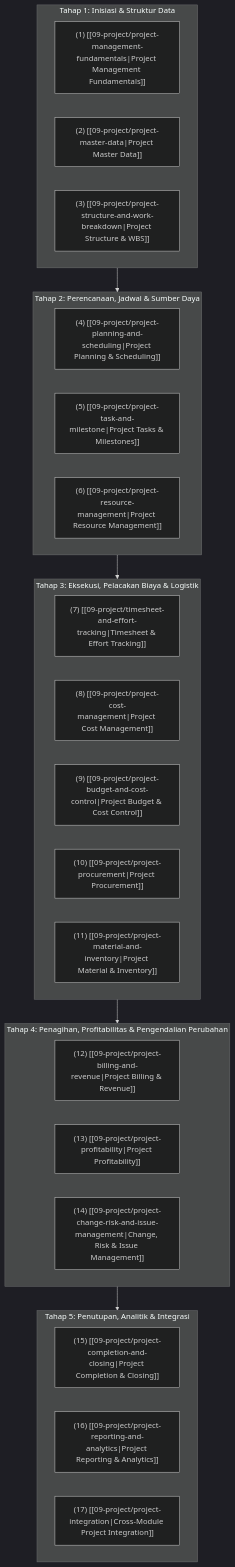
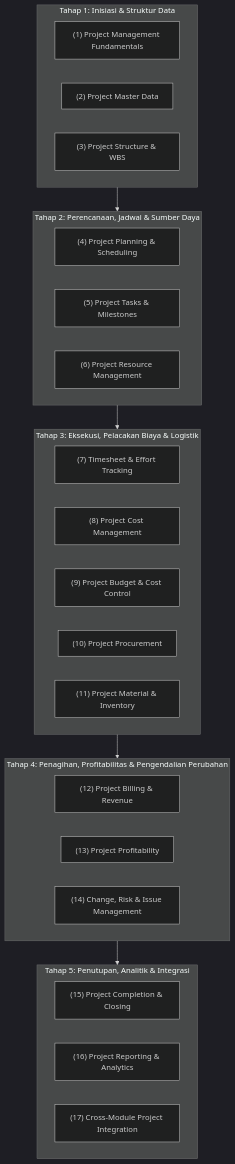
The diagram in content/09-project/index.md (alimurrofid/erp-notes), drawn with Mermaid (dark theme) before and after one commit. The commit also changed 37 other files, not shown here.

Commit message:
refactor(content): normalize section headings and Mermaid labels

````diff
--- a/content/09-project/index.md
+++ b/content/09-project/index.md
@@ -19,36 +19,36 @@
 ```mermaid
 flowchart TD
     subgraph S1["Tahap 1: Inisiasi & Struktur Data"]
-        N1["(1) [[09-project/project-management-fundamentals|Project Management Fundamentals]]"]
-        N2["(2) [[09-project/project-master-data|Project Master Data]]"]
-        N3["(3) [[09-project/project-structure-and-work-breakdown|Project Structure & WBS]]"]
+        N1["(1) Project Management Fundamentals"]
+        N2["(2) Project Master Data"]
+        N3["(3) Project Structure & WBS"]
     end
 
     subgraph S2["Tahap 2: Perencanaan, Jadwal & Sumber Daya"]
-        N4["(4) [[09-project/project-planning-and-scheduling|Project Planning & Scheduling]]"]
-        N5["(5) [[09-project/project-task-and-milestone|Project Tasks & Milestones]]"]
-        N6["(6) [[09-project/project-resource-management|Project Resource Management]]"]
+        N4["(4) Project Planning & Scheduling"]
+        N5["(5) Project Tasks & Milestones"]
+        N6["(6) Project Resource Management"]
     end
 
     subgraph S3["Tahap 3: Eksekusi, Pelacakan Biaya & Logistik"]
-        N7["(7) [[09-project/timesheet-and-effort-tracking|Timesheet & Effort Tracking]]"]
-        N8["(8) [[09-project/project-cost-management|Project Cost Management]]"]
-        N9["(9) [[09-project/project-budget-and-cost-control|Project Budget & Cost Control]]"]
-        N10["(10) [[09-project/project-procurement|Project Procurement]]"]
-        N11["(11) [[09-project/project-material-and-inventory|Project Material & Inventory]]"]
+        N7["(7) Timesheet & Effort Tracking"]
+        N8["(8) Project Cost Management"]
+        N9["(9) Project Budget & Cost Control"]
+        N10["(10) Project Procurement"]
+        N11["(11) Project Material & Inventory"]
     end
 
     subgraph S4["Tahap 4: Penagihan, Profitabilitas & Pengendalian Perubahan"]
-        N12["(12) [[09-project/project-billing-and-revenue|Project Billing & Revenue]]"]
-        N13["(13) [[09-project/project-profitability|Project Profitability]]"]
-        N14["(14) [[09-project/project-change-risk-and-issue-management|Change, Risk & Issue Management]]"]
+        N12["(12) Project Billing & Revenue"]
+        N13["(13) Project Profitability"]
+        N14["(14) Change, Risk & Issue Management"]
     end
 
     subgraph S5["Tahap 5: Penutupan, Analitik & Integrasi"]
-        N15["(15) [[09-project/project-completion-and-closing|Project Completion & Closing]]"]
-        N16["(16) [[09-project/project-reporting-and-analytics|Project Reporting & Analytics]]"]
-        N17["(17) [[09-project/project-integration|Cross-Module Project Integration]]"]
+        N15["(15) Project Completion & Closing"]
+        N16["(16) Project Reporting & Analytics"]
+        N17["(17) Cross-Module Project Integration"]
     end
 
     S1 --> S2 --> S3 --> S4 --> S5
 ```
````
